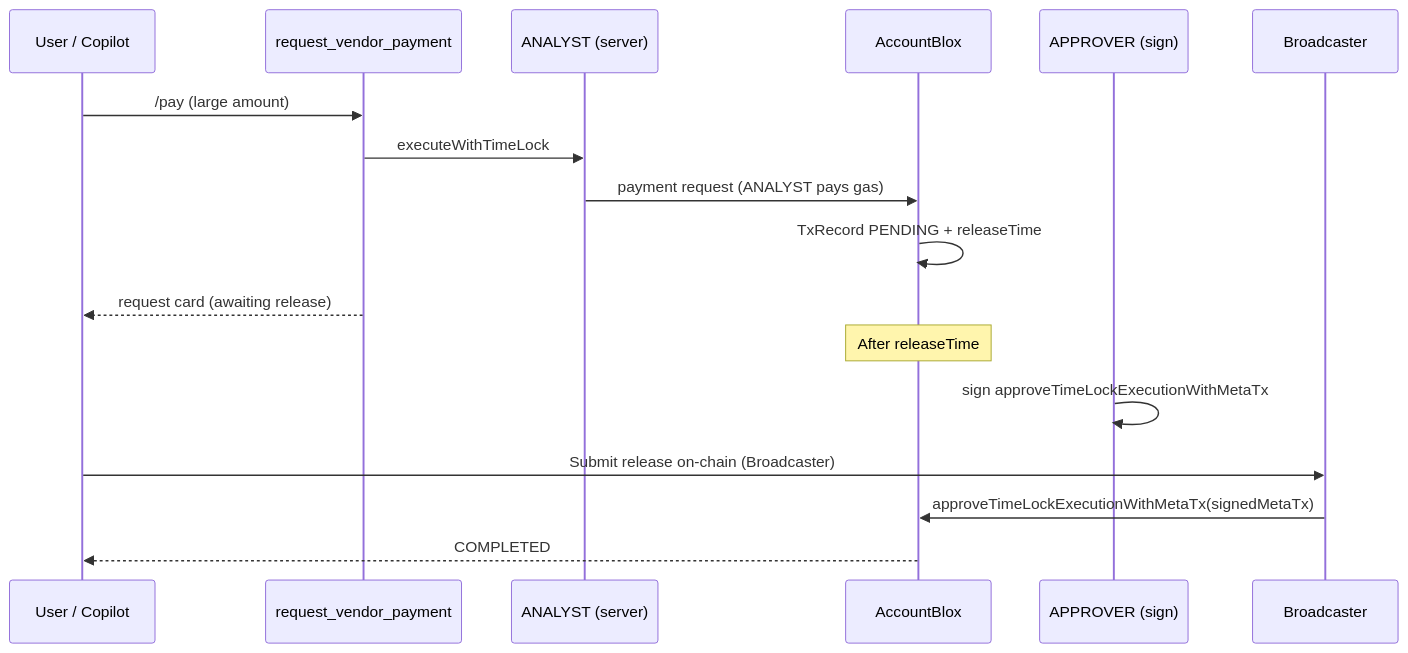
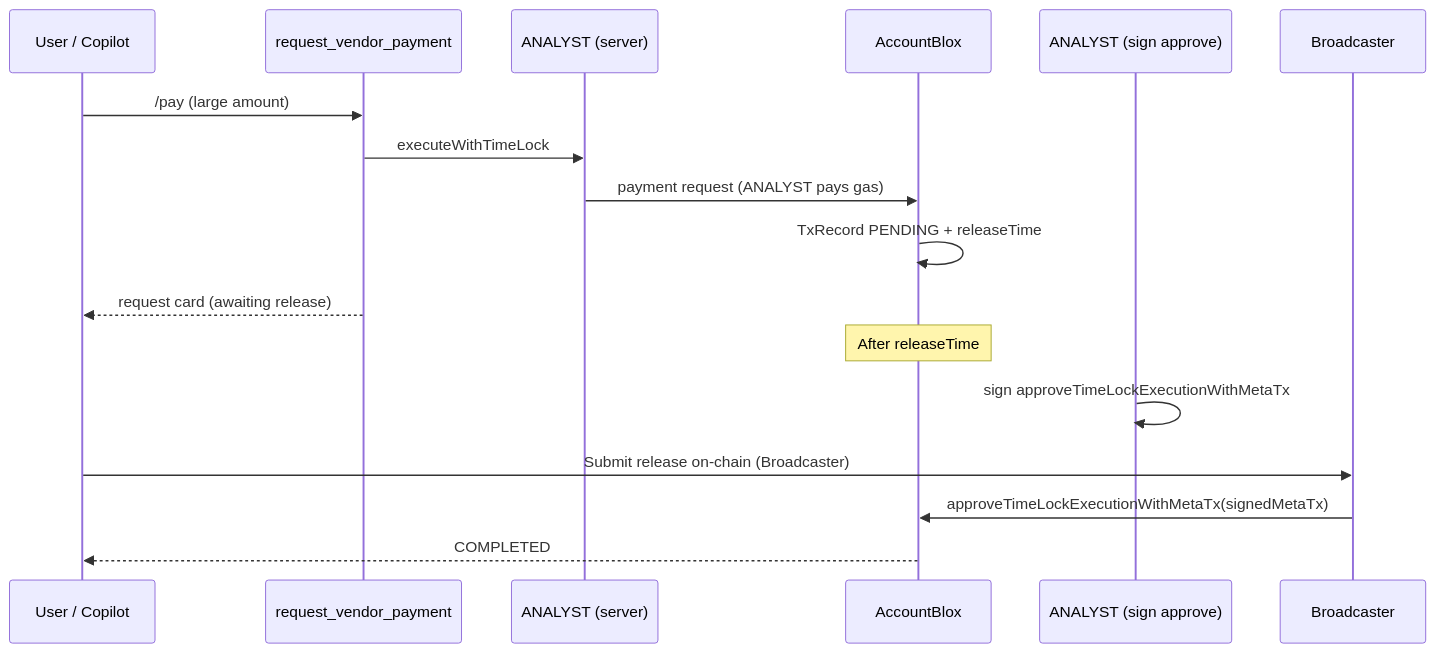
The fourth of 4 diagrams in docs/on-chain-execution-flow.md (PracticalParticle/AgentBlox), drawn with Mermaid before and after one commit. The commit also changed other lines of this file and 22 other files, not shown here.

````diff
--- a/docs/on-chain-execution-flow.md
+++ b/docs/on-chain-execution-flow.md
@@ -132,20 +132,20 @@
 ```mermaid
 sequenceDiagram
     participant User as User / Copilot
     participant Tool as request_vendor_payment
     participant Analyst as ANALYST (server)
     participant AB as AccountBlox
-    participant Approver as APPROVER (sign)
+    participant Approver as ANALYST (sign approve)
     participant BC as Broadcaster
 
     User->>Tool: /pay (large amount)
     Tool->>Analyst: executeWithTimeLock
     Analyst->>AB: payment request (ANALYST pays gas)
     AB->>AB: TxRecord PENDING + releaseTime
     Tool-->>User: request card (awaiting release)
     Note over AB: After releaseTime
     Approver->>Approver: sign approveTimeLockExecutionWithMetaTx
     User->>BC: Submit release on-chain (Broadcaster)
     BC->>AB: approveTimeLockExecutionWithMetaTx(signedMetaTx)
     AB-->>User: COMPLETED
 ```
````
